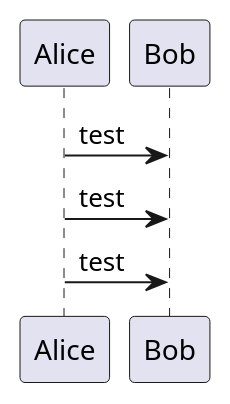
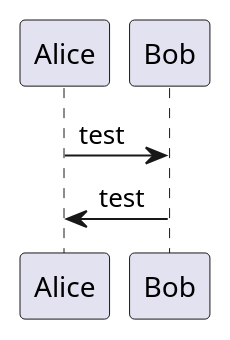
Before and after one commit to ddanilyuk/OBD2019: the diagram in documents/PlantUmlMarkdown/Readme.md, drawn with PlantUML. The commit also changed other lines of this file, not shown here.

````diff
--- a/documents/PlantUmlMarkdown/Readme.md
+++ b/documents/PlantUmlMarkdown/Readme.md
@@ -3,7 +3,6 @@
 ```plantuml
 @startuml
 Alice -> Bob: test
-Alice -> Bob: test
-Alice -> Bob: test
+Bob -> Alice: test
 @enduml
 ```
````
